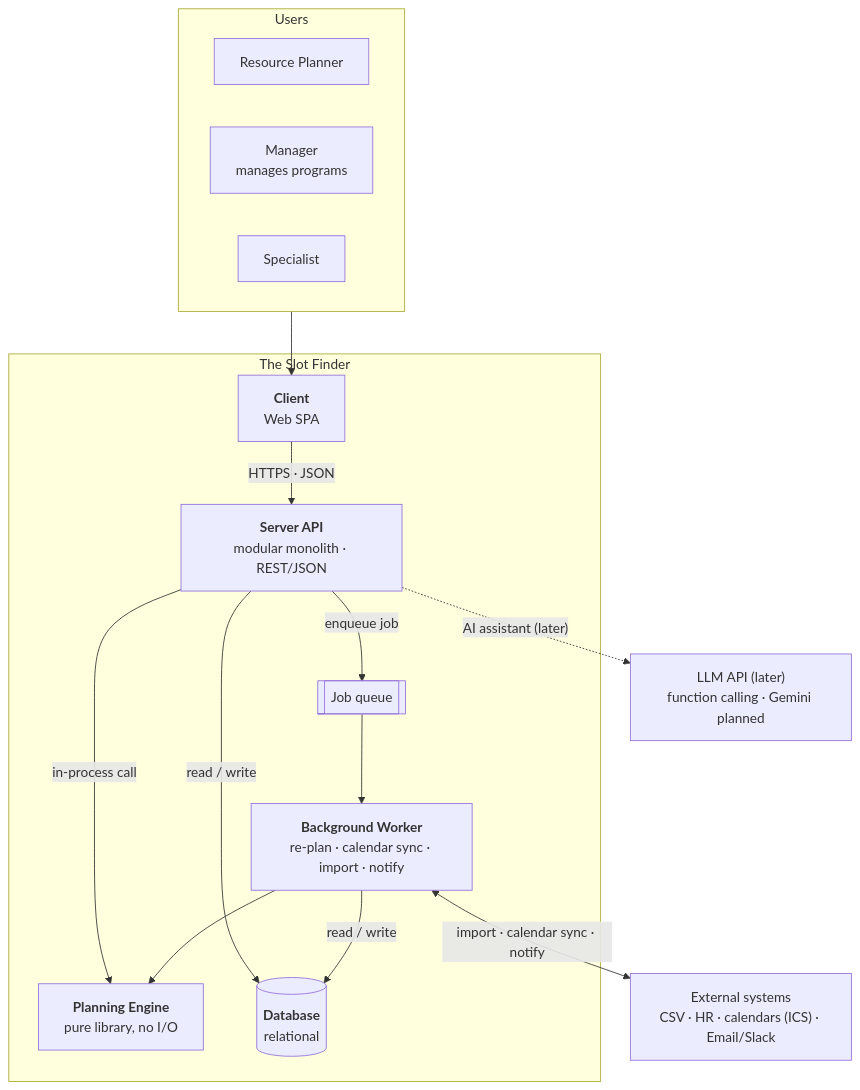
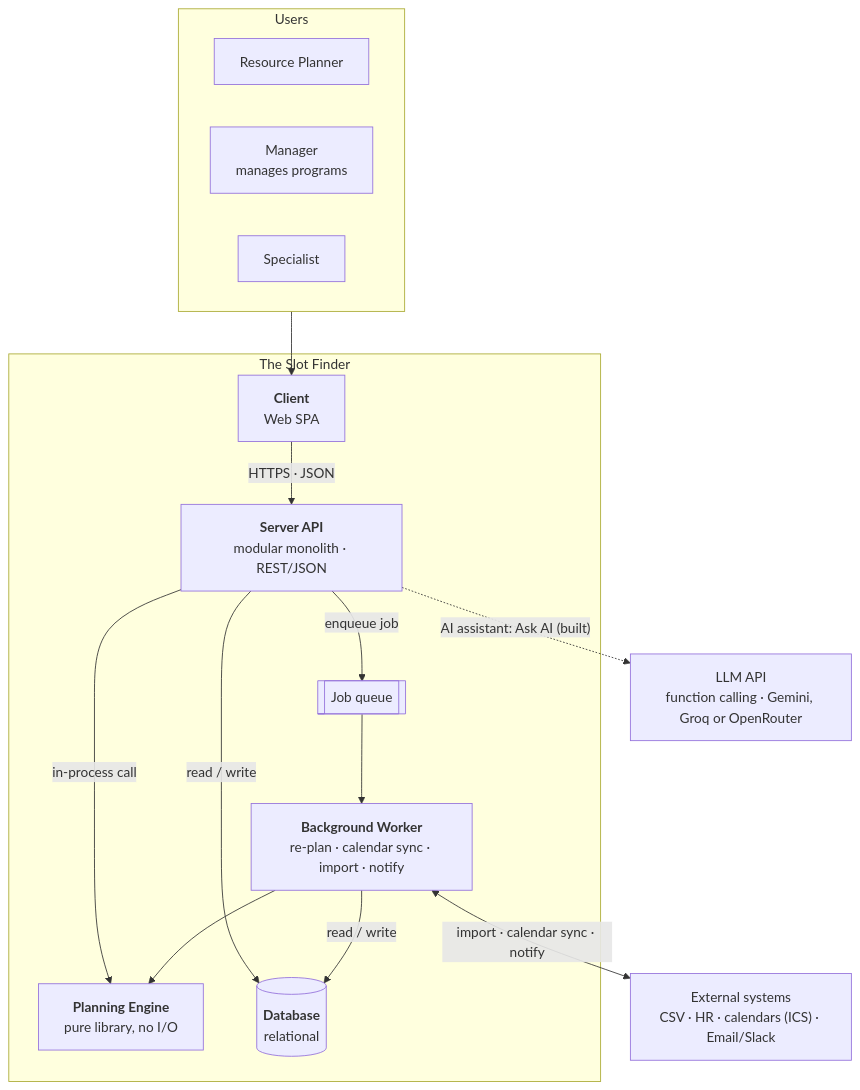
The second of 14 diagrams in README.md (dophnamm/the-slot-finder), drawn with Mermaid before and after one commit. The commit also changed other lines of this file and 4 other files, not shown here.

Commit message:
docs: describe the Ask AI follow-ups and mark Ask AI as built

````diff
--- a/README.md
+++ b/README.md
@@ -99,31 +99,31 @@
 ```mermaid
 flowchart TB
   subgraph users["Users"]
     planner["Resource Planner"]
     lead["Manager<br/>manages programs"]
     spec["Specialist"]
   end
 
   subgraph sf["The Slot Finder"]
     client["<b>Client</b><br/>Web SPA"]
     api["<b>Server API</b><br/>modular monolith · REST/JSON"]
     engine["<b>Planning Engine</b><br/>pure library, no I/O"]
     queue[["Job queue"]]
     worker["<b>Background Worker</b><br/>re-plan · calendar sync · import · notify"]
     db[("<b>Database</b><br/>relational")]
   end
 
   ext["External systems<br/>CSV · HR · calendars (ICS) · Email/Slack"]
-  llm["LLM API (later)<br/>function calling · Gemini planned"]
+  llm["LLM API<br/>function calling · Gemini, Groq or OpenRouter"]
 
   users --> client
   client -->|"HTTPS · JSON"| api
   api -->|"in-process call"| engine
   api -->|"read / write"| db
   api -->|"enqueue job"| queue
   queue --> worker
   worker --> engine
   worker -->|"read / write"| db
   worker <-->|"import · calendar sync · notify"| ext
-  api -.->|"AI assistant (later)"| llm
+  api -.->|"AI assistant: Ask AI (built)"| llm
 ```
````
